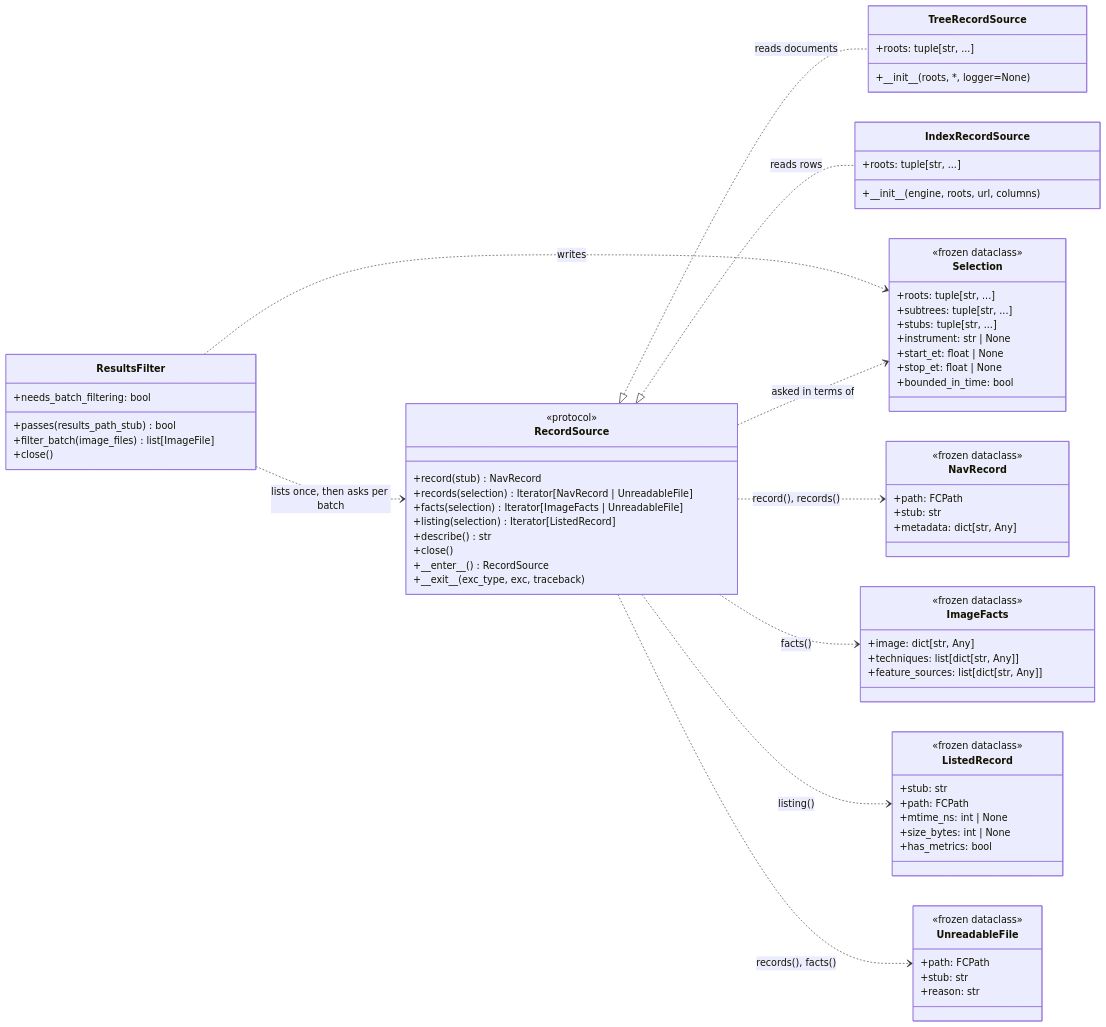
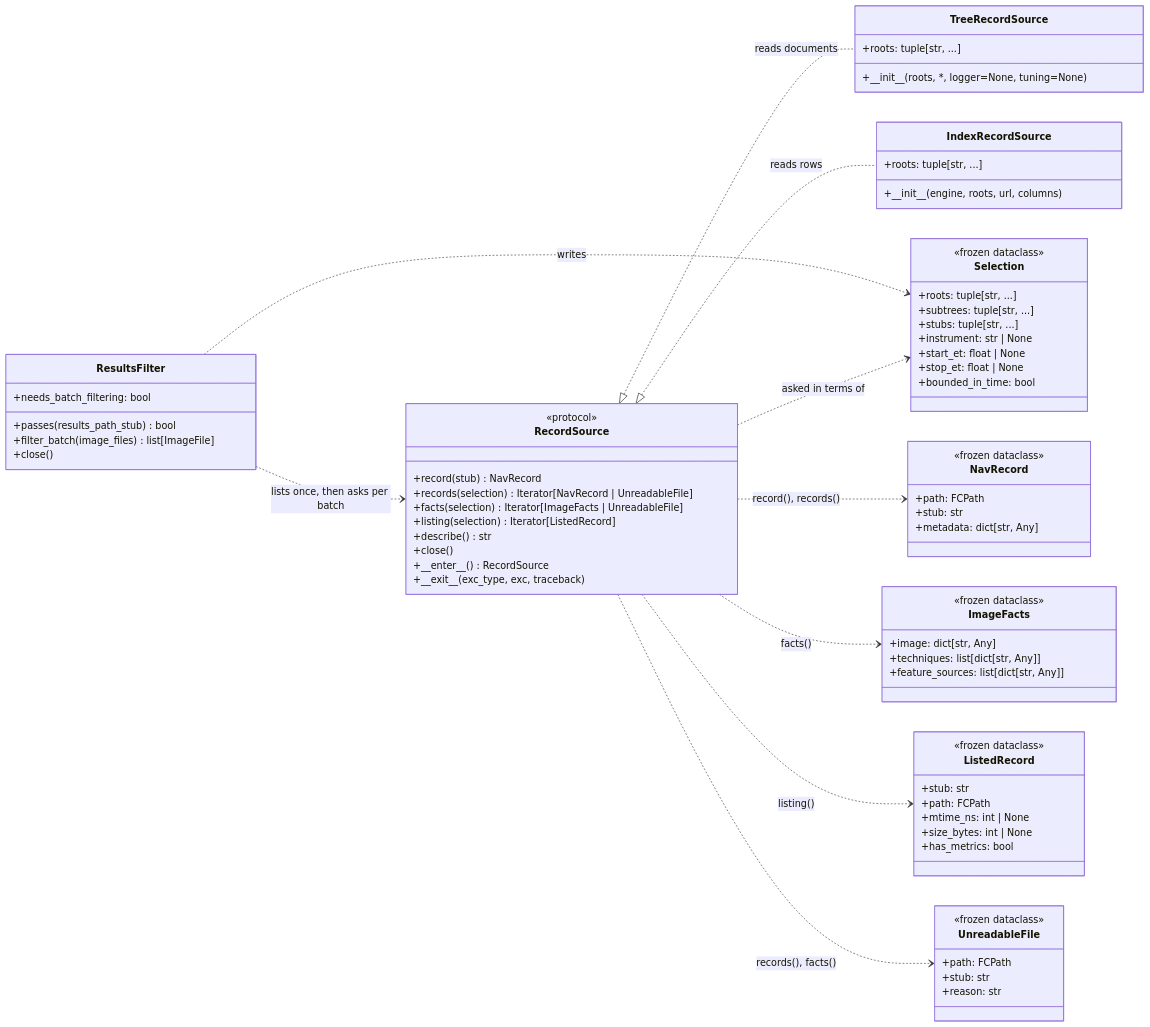
Before and after one commit to SETI/rms-spindoctor: the diagram in docs/dev_guide/dev_guide_results_index.rst, drawn with Mermaid. The commit also changed other lines of this file, not shown here.

Commit message:
docs: show the tuning in the source diagram
The developer guide's class diagram and its sentence on what a tree source is built from named the roots and a logger; both now name the tuning too.

Claude-Session: https://claude.ai/code/session_01EP81vuHwuQ3xWVz5xFLVUa

```diff
--- a/docs/dev_guide/dev_guide_results_index.rst
+++ b/docs/dev_guide/dev_guide_results_index.rst
@@ -137,7 +137,7 @@
       }
 
       class TreeRecordSource {
-          +\_\_init\_\_(roots, *, logger=None)
+          +\_\_init\_\_(roots, *, logger=None, tuning=None)
           +roots: tuple[str, ...]
       }
 
```
